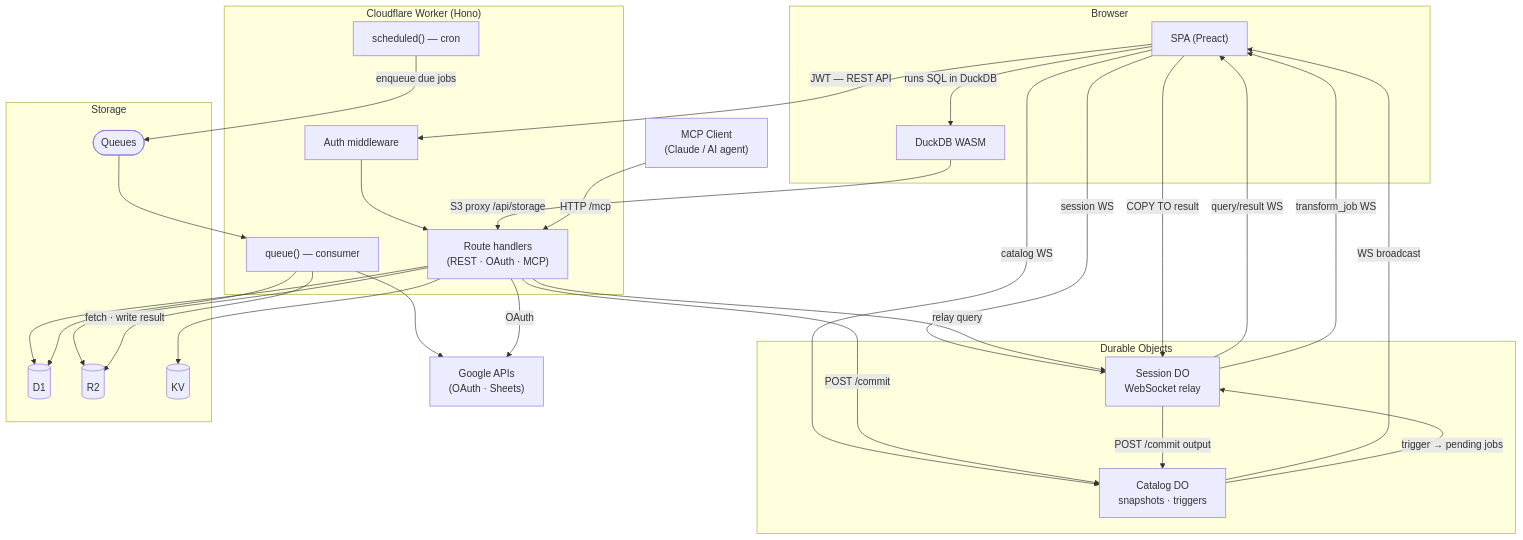
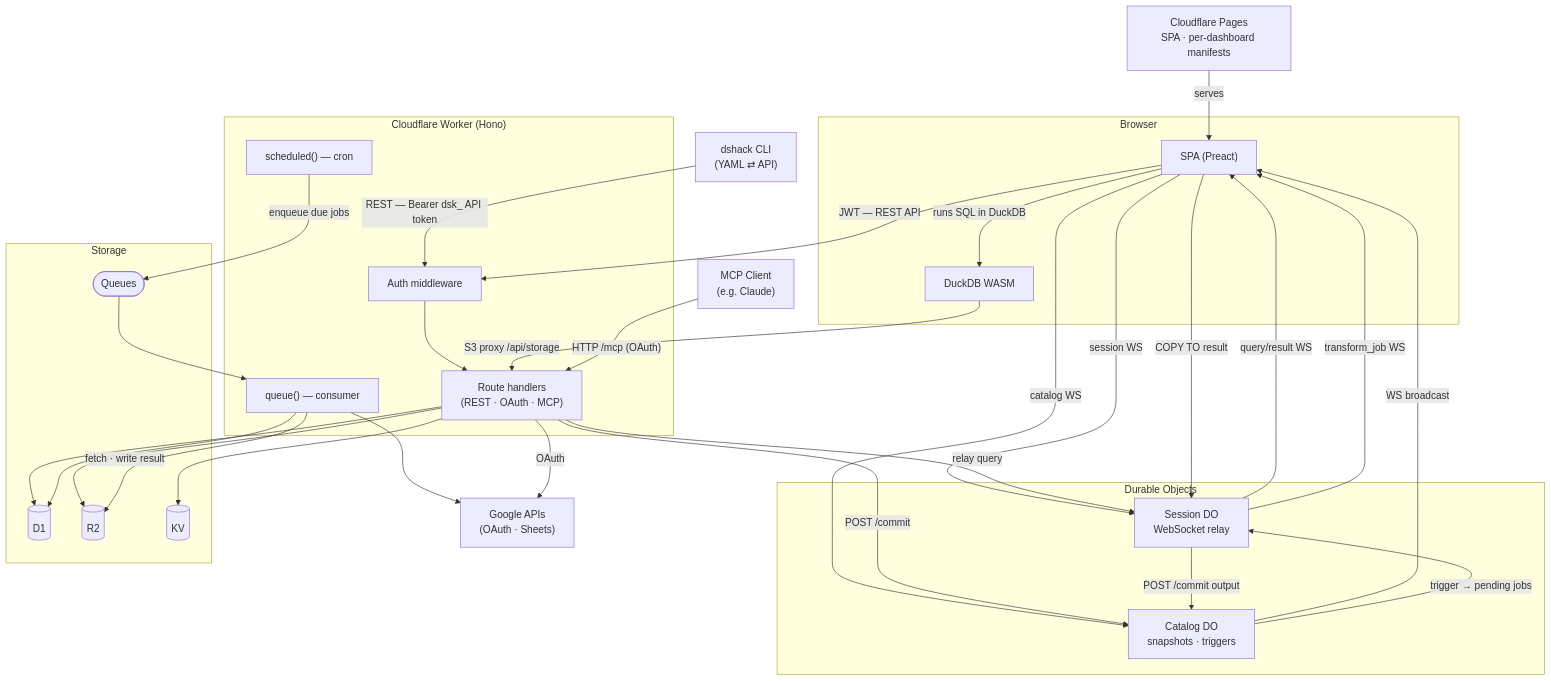
One commit to christiaanjs/data-shack changed the diagram in ARCHITECTURE.md. Above: the diagram before and after it, drawn with Mermaid. The commit also changed other lines of this file and 1 other file, not shown here.

First line of the commit message:
Rewrite README for newcomers and update ARCHITECTURE with MCP server and dshack CLI

````diff
--- a/ARCHITECTURE.md
+++ b/ARCHITECTURE.md
@@ -1,65 +3,73 @@
 ```mermaid
 flowchart TB
     subgraph Client["Browser"]
         SPA["SPA (Preact)"]
         DUCKDB["DuckDB WASM"]
     end
 
     subgraph Worker["Cloudflare Worker (Hono)"]
         AUTH["Auth middleware"]
         ROUTES["Route handlers\n(REST · OAuth · MCP)"]
         SCHED["scheduled() — cron"]
         QUEUE_C["queue() — consumer"]
     end
 
     subgraph DOs["Durable Objects"]
         SESSION["Session DO\nWebSocket relay"]
         CATALOG["Catalog DO\nsnapshots · triggers"]
     end
 
     subgraph Storage["Storage"]
         D1[("D1")]
         R2[("R2")]
         KV[("KV")]
         Q(["Queues"])
     end
 
-    MCP_CLIENT["MCP Client\n(Claude / AI agent)"]
+    MCP_CLIENT["MCP Client\n(e.g. Claude)"]
+    CLI["dshack CLI\n(YAML ⇄ API)"]
+    PAGES["Cloudflare Pages\nSPA · per-dashboard manifests"]
     GOOGLE["Google APIs\n(OAuth · Sheets)"]
 
     %% Browser ↔ Worker
     SPA -- "JWT — REST API" --> AUTH
     AUTH --> ROUTES
     ROUTES --> D1
 
     %% Browser WebSockets
     SPA -- "catalog WS" --> CATALOG
     SPA -- "session WS" --> SESSION
 
     %% DuckDB ↔ Storage via proxy
     DUCKDB -- "S3 proxy /api/storage" --> ROUTES
     ROUTES --> R2
     ROUTES --> KV
 
+    %% Static hosting
+    PAGES -- "serves" --> SPA
+
+    %% dshack CLI (IaC)
+    CLI -- "REST — Bearer dsk_ API token" --> AUTH
+
     %% MCP
-    MCP_CLIENT -- "HTTP /mcp" --> ROUTES
+    MCP_CLIENT -- "HTTP /mcp (OAuth)" --> ROUTES
     ROUTES -- "relay query" --> SESSION
     SESSION -- "query/result WS" --> SPA
     SPA -- "runs SQL in DuckDB" --> DUCKDB
 
     %% Catalog commit flow
     ROUTES -- "POST /commit" --> CATALOG
     CATALOG -- "WS broadcast" --> SPA
     CATALOG -- "trigger → pending jobs" --> SESSION
     SESSION -- "transform_job WS" --> SPA
     SPA -- "COPY TO result" --> SESSION
     SESSION -- "POST /commit output" --> CATALOG
 
     %% Scheduling & queues
     SCHED -- "enqueue due jobs" --> Q
     Q --> QUEUE_C
     QUEUE_C -- "fetch · write result" --> R2
     QUEUE_C --> D1
     QUEUE_C --> GOOGLE
     ROUTES -- "OAuth" --> GOOGLE
 ```
````
